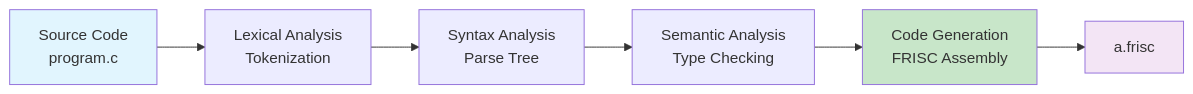
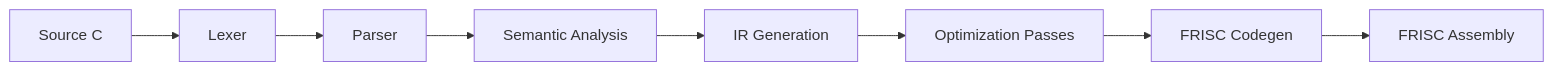
One commit to KarloKnezevic/ccompiler changed the diagram in README.md. Above: the diagram before and after it, drawn with Mermaid. The commit also changed other lines of this file and 74 other files, not shown here.

````diff
--- a/README.md
+++ b/README.md
@@ -280,13 +19,10 @@
 ```mermaid
 flowchart LR
-    A[Source Code<br/>program.c] --> B[Lexical Analysis<br/>Tokenization]
-    B --> C[Syntax Analysis<br/>Parse Tree]
-    C --> D[Semantic Analysis<br/>Type Checking]
-    D --> E[Code Generation<br/>FRISC Assembly]
-    
-    E --> F[a.frisc]
-    
-    style A fill:#e1f5fe
-    style E fill:#c8e6c9
-    style F fill:#f3e5f5
+  C[Source C] --> L[Lexer]
+  L --> P[Parser]
+  P --> S[Semantic Analysis]
+  S --> IR[IR Generation]
+  IR --> OPT[Optimization Passes]
+  OPT --> CG[FRISC Codegen]
+  CG --> ASM[FRISC Assembly]
 ```
````
